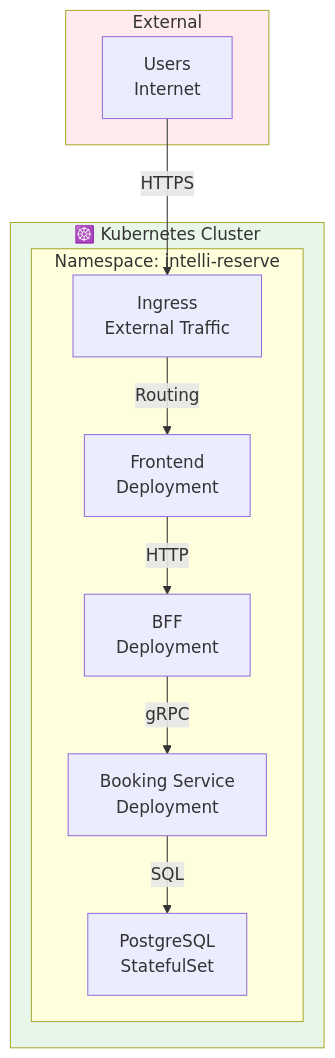
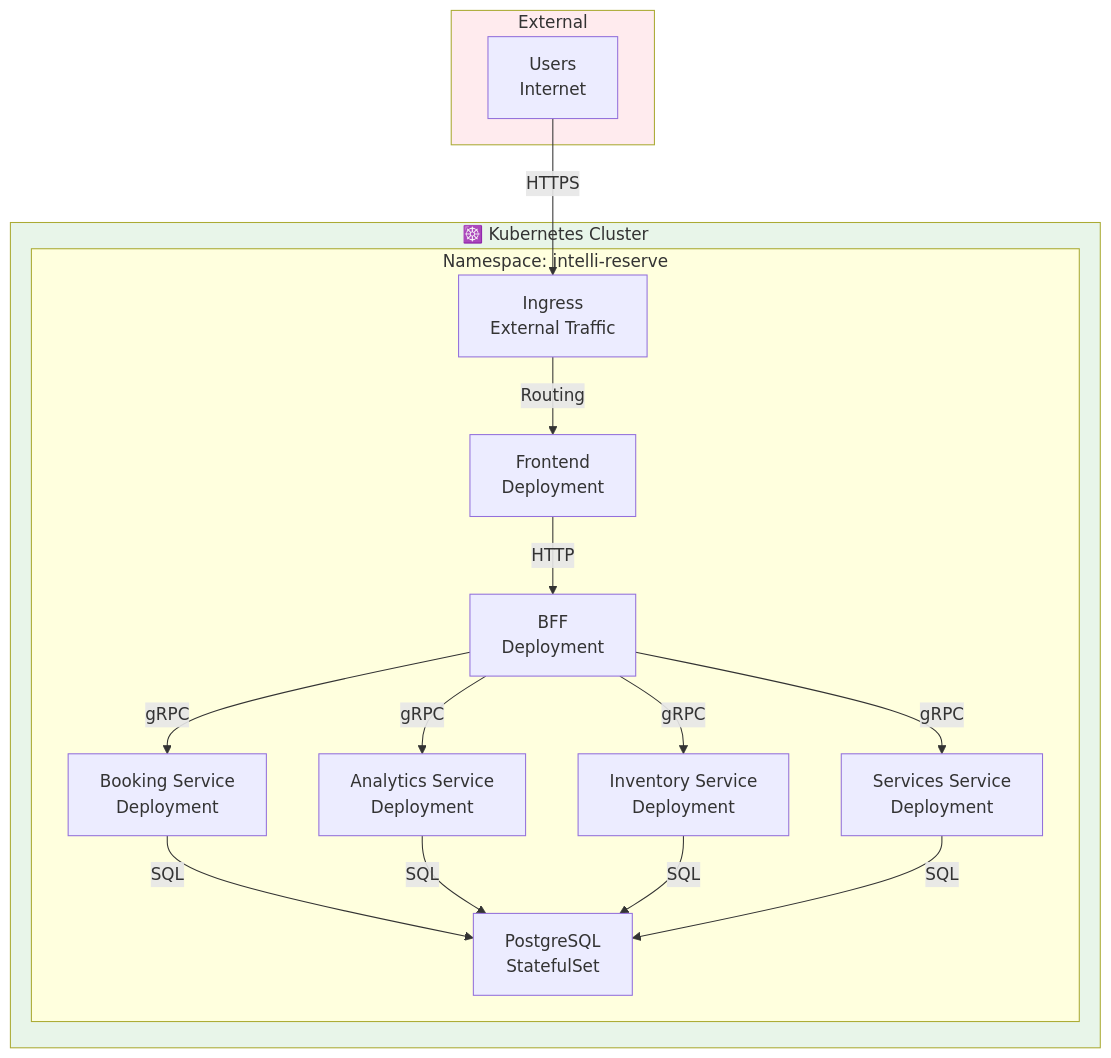
Before and after one commit to bshongwe/intelli-reserve: the fourth of 4 diagrams in docs/ARCHITECTURE.md, drawn with Mermaid. The commit also changed other lines of this file, not shown here.

Commit message:
feat: update architecture documentation to reflect service responsibilities and add service port registry

````diff
--- a/docs/ARCHITECTURE.md
+++ b/docs/ARCHITECTURE.md
@@ -330,25 +411,34 @@
 ```mermaid
 graph TB
     subgraph K8s["☸️ Kubernetes Cluster"]
         subgraph NS["Namespace: intelli-reserve"]
             FE_D["Frontend<br/>Deployment"]
             BFF_D["BFF<br/>Deployment"]
             BS_D["Booking Service<br/>Deployment"]
+            AS_D["Analytics Service<br/>Deployment"]
+            IS_D["Inventory Service<br/>Deployment"]
+            SS_D["Services Service<br/>Deployment"]
             DB_SS["PostgreSQL<br/>StatefulSet"]
             ING["Ingress<br/>External Traffic"]
         end
     end
     
     subgraph External["External"]
         Users["Users<br/>Internet"]
     end
     
     Users -->|HTTPS| ING
     ING -->|Routing| FE_D
     FE_D -->|HTTP| BFF_D
     BFF_D -->|gRPC| BS_D
+    BFF_D -->|gRPC| AS_D
+    BFF_D -->|gRPC| IS_D
+    BFF_D -->|gRPC| SS_D
     BS_D -->|SQL| DB_SS
+    AS_D -->|SQL| DB_SS
+    IS_D -->|SQL| DB_SS
+    SS_D -->|SQL| DB_SS
     
     style K8s fill:#e8f5e9
     style External fill:#ffebee
 ```
````
